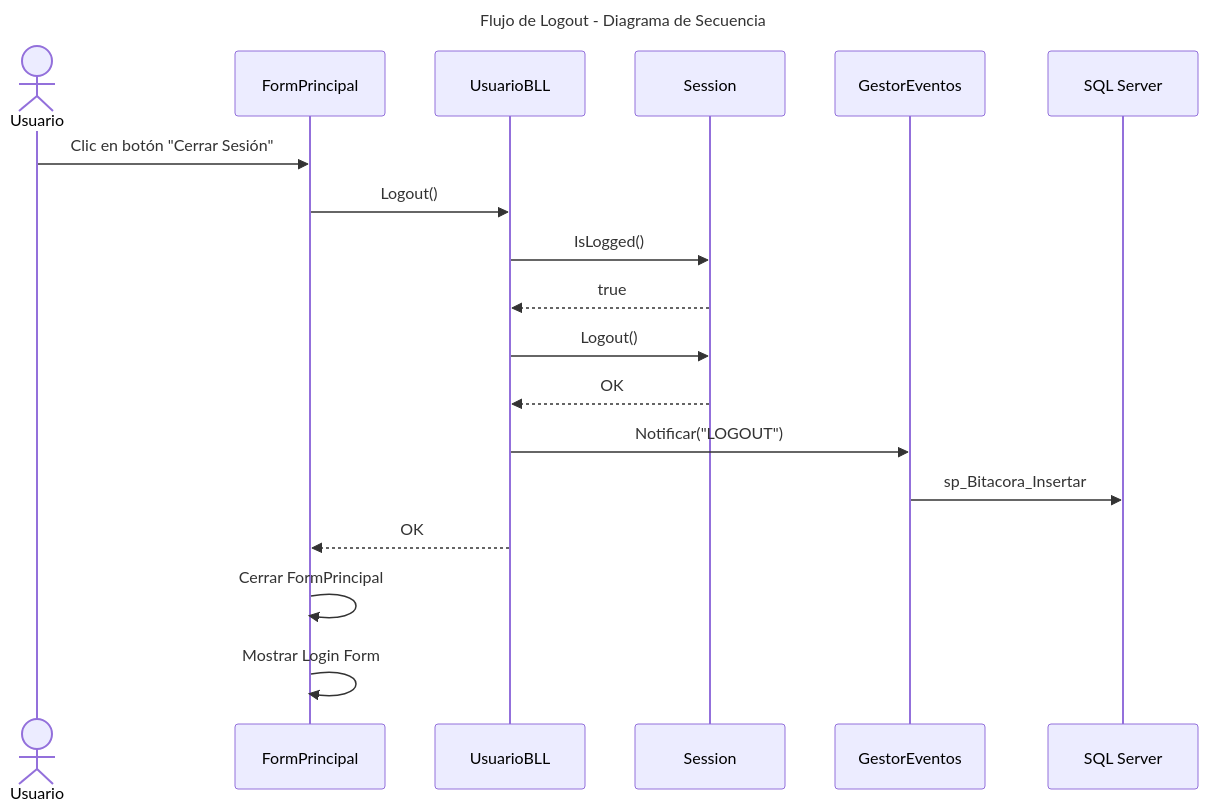
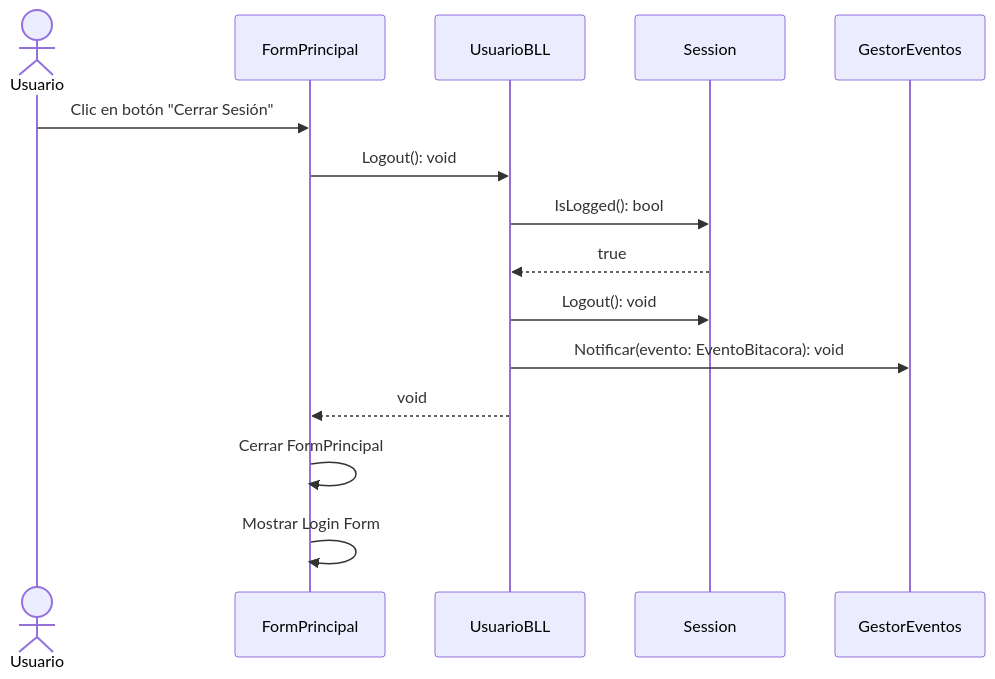
The eighth of 19 diagrams in Documentacion/Carpeta_Documentacion.md (condenl/Trabajo-Practico-Final), drawn with Mermaid before and after one commit. The commit also changed other lines of this file and 3 other files, not shown here.

Commit message:
Cambios: + Diagramas de clase - indicar todos los metodos + DS incluir firmas + Agregar alta de idioma DS + Agregar idioma y cerrar sesion, reflejar cambios + Mantener el idioma seleccionado

````diff
--- a/Documentacion/Carpeta_Documentacion.md
+++ b/Documentacion/Carpeta_Documentacion.md
@@ -1652,30 +1726,22 @@
 ```mermaid
----
-title: Flujo de Logout - Diagrama de Secuencia
-config:
-    theme: default
----
 sequenceDiagram
     actor Usuario
     participant UI as FormPrincipal
     participant BLL as UsuarioBLL
     participant Ses as Session
     participant Evt as GestorEventos
-    participant BD as SQL Server
 
     Usuario->>UI: Clic en botón "Cerrar Sesión"
-    UI->>BLL: Logout()
+    UI->>BLL: Logout(): void
 
-    BLL->>Ses: IsLogged()
+    BLL->>Ses: IsLogged(): bool
     Ses-->>BLL: true
     
-    BLL->>Ses: Logout()
-    Ses-->>BLL: OK
+    BLL->>Ses: Logout(): void
     
-    BLL->>Evt: Notificar("LOGOUT")
-    Evt->>BD: sp_Bitacora_Insertar
+    BLL->>Evt: Notificar(evento: EventoBitacora): void
     
-    BLL-->>UI: OK
+    BLL-->>UI: void
     UI->>UI: Cerrar FormPrincipal
     UI->>UI: Mostrar Login Form
 ```
````
